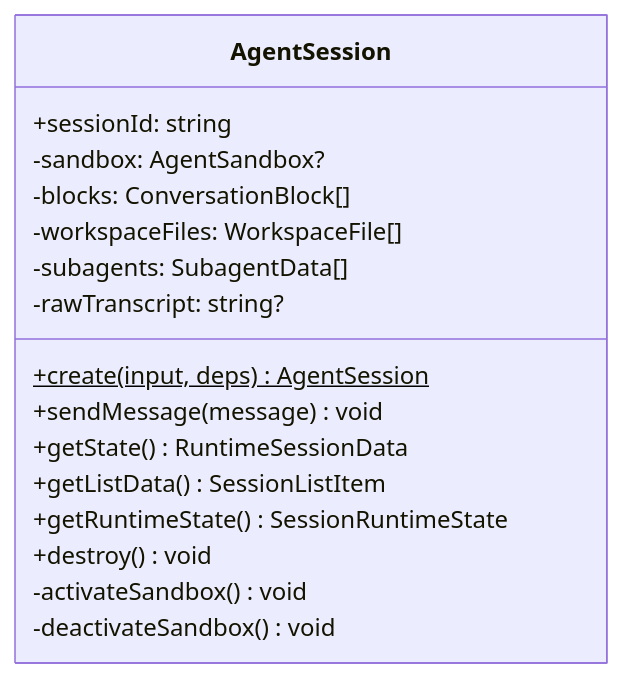
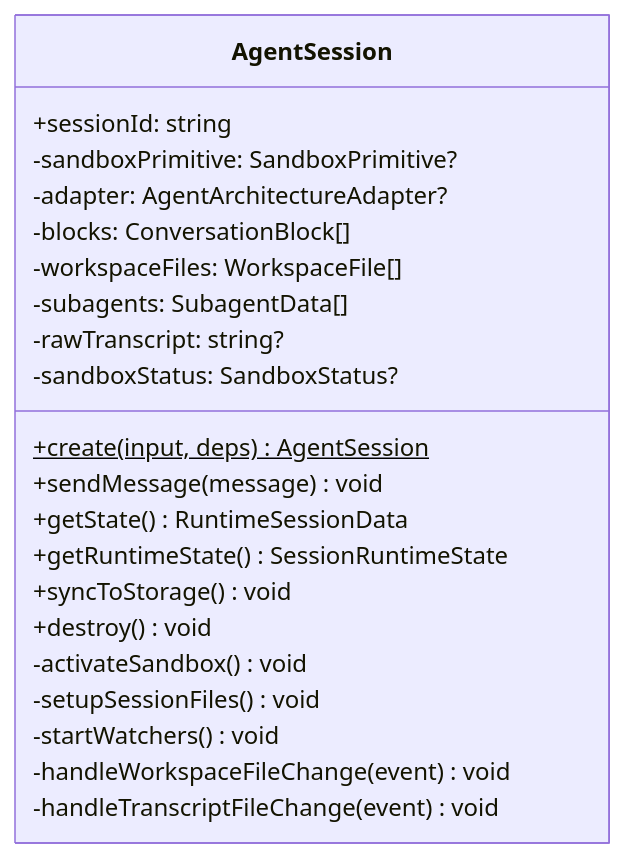
The third of 12 diagrams in docs/architecture.md (hhopkins95/agent-runtime), drawn with Mermaid before and after one commit. The commit also changed other lines of this file and 5 other files, not shown here.

First line of the commit message:
refactor(agent-session): streamline sandbox management and enhance file handling

````diff
--- a/docs/architecture.md
+++ b/docs/architecture.md
@@ -102,19 +100,24 @@
 ```mermaid
 classDiagram
     class AgentSession {
         +sessionId: string
-        -sandbox: AgentSandbox?
+        -sandboxPrimitive: SandboxPrimitive?
+        -adapter: AgentArchitectureAdapter?
         -blocks: ConversationBlock[]
         -workspaceFiles: WorkspaceFile[]
         -subagents: SubagentData[]
         -rawTranscript: string?
+        -sandboxStatus: SandboxStatus?
         +create(input, deps) AgentSession$
         +sendMessage(message) void
         +getState() RuntimeSessionData
-        +getListData() SessionListItem
         +getRuntimeState() SessionRuntimeState
+        +syncToStorage() void
         +destroy() void
         -activateSandbox() void
-        -deactivateSandbox() void
+        -setupSessionFiles() void
+        -startWatchers() void
+        -handleWorkspaceFileChange(event) void
+        -handleTranscriptFileChange(event) void
     }
 ```
````
